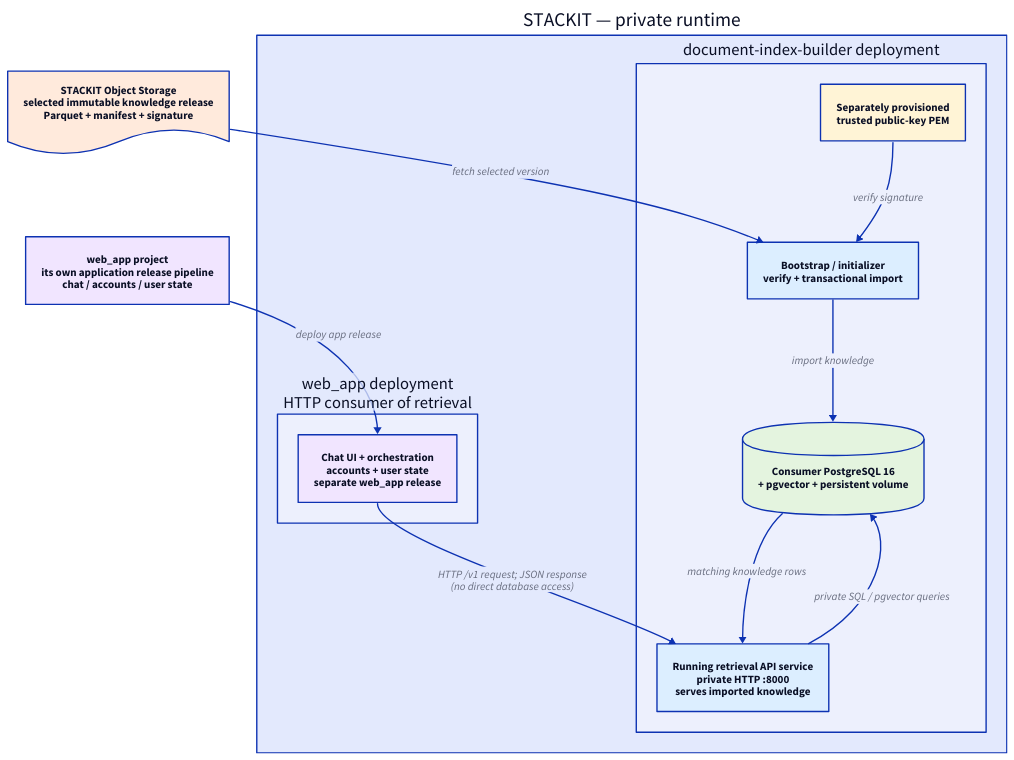
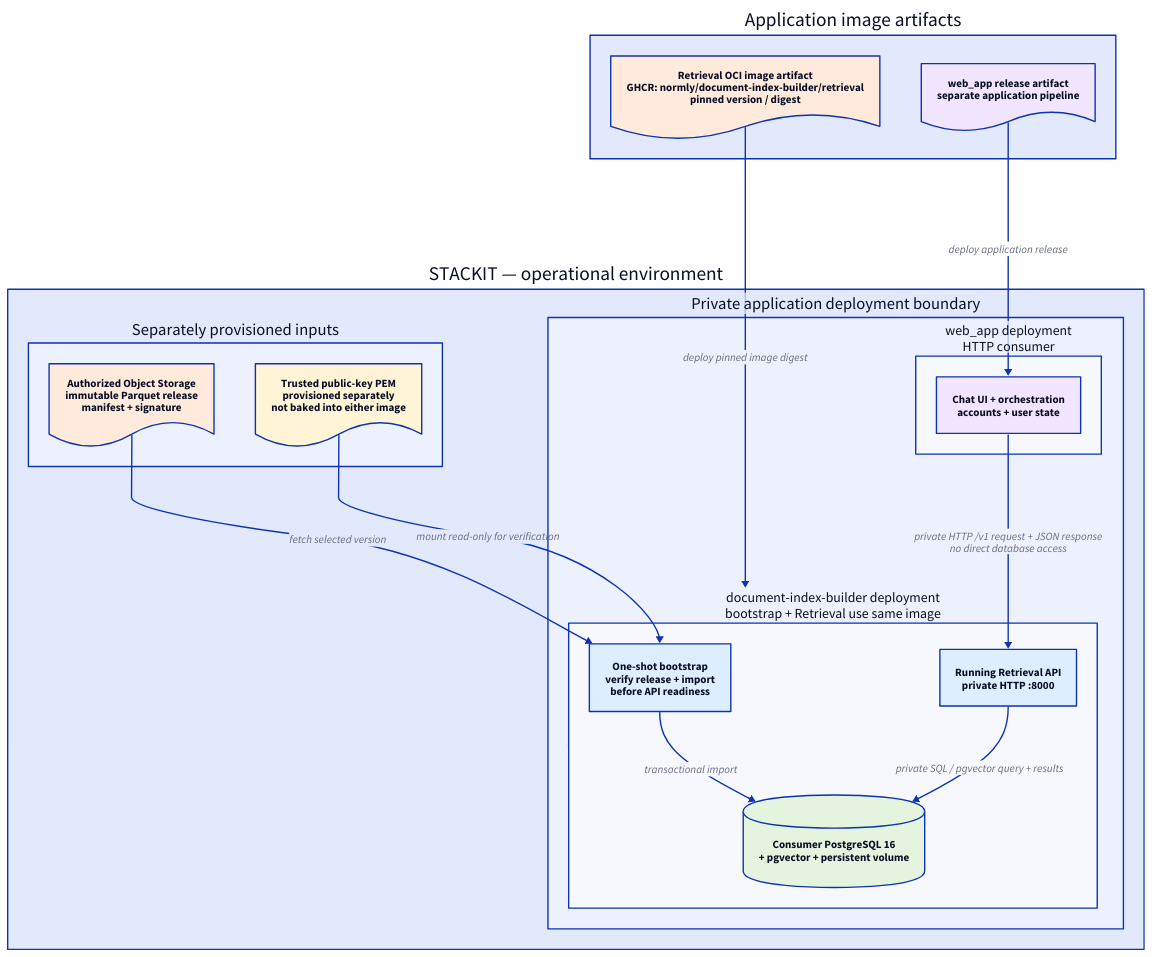
The diagram in docs/diagrams/runtime-deployment.d2 (normly/document-index-builder), drawn with D2 before and after one commit. The commit also changed 7 other files, not shown here.

Commit message:
docs: refine retrieval architecture views

```diff
--- a/docs/diagrams/runtime-deployment.d2
+++ b/docs/diagrams/runtime-deployment.d2
@@ -1,40 +1,59 @@
 direction: down
 
-release_store: "STACKIT Object Storage\nselected immutable knowledge release\nParquet + manifest + signature" {
-  shape: document
-  style.fill: "#ffeadc"
-}
-web_release: "web_app project\nits own application release pipeline\nchat / accounts / user state" {
-  style.fill: "#f1e5ff"
+artifacts: "Application image artifacts" {
+  direction: right
+  retrieval_image: "Retrieval OCI image artifact\nGHCR: normly/document-index-builder/retrieval\npinned version / digest" {
+    shape: document
+    style.fill: "#ffeadc"
+  }
+  web_release: "web_app release artifact\nseparate application pipeline" {
+    shape: document
+    style.fill: "#f1e5ff"
+  }
 }
 
-runtime: "STACKIT — private runtime" {
-  chat_deployment: "web_app deployment\nHTTP consumer of retrieval" {
-    web: "Chat UI + orchestration\naccounts + user state\nseparate web_app release" {
-      style.fill: "#f1e5ff"
+stackit: "STACKIT — operational environment" {
+  direction: right
+
+  provisioned: "Separately provisioned inputs" {
+    direction: down
+    release_store: "Authorized Object Storage\nimmutable Parquet release\nmanifest + signature" {
+      shape: document
+      style.fill: "#ffeadc"
+    }
+    trusted_key: "Trusted public-key PEM\nprovisioned separately\nnot baked into either image" {
+      shape: document
+      style.fill: "#fff4d6"
     }
   }
-  knowledge_deployment: "document-index-builder deployment" {
-    retrieval: "Running retrieval API service\nprivate HTTP :8000\nserves imported knowledge" {
-      style.fill: "#dceeff"
+
+  deployment: "Private application deployment boundary" {
+    direction: right
+    chat_deployment: "web_app deployment\nHTTP consumer" {
+      web: "Chat UI + orchestration\naccounts + user state" {
+        style.fill: "#f1e5ff"
+      }
     }
-    db: "Consumer PostgreSQL 16\n+ pgvector + persistent volume" {
-      shape: cylinder
-      style.fill: "#e4f4df"
-    }
-    bootstrap: "Bootstrap / initializer\nverify + transactional import" {
-      style.fill: "#dceeff"
-    }
-    trust: "Separately provisioned\ntrusted public-key PEM" {
-      style.fill: "#fff4d6"
+    knowledge_deployment: "document-index-builder deployment\nbootstrap + Retrieval use same image" {
+      direction: right
+      bootstrap: "One-shot bootstrap\nverify release + import\nbefore API readiness" {
+        style.fill: "#dceeff"
+      }
+      db: "Consumer PostgreSQL 16\n+ pgvector + persistent volume" {
+        shape: cylinder
+        style.fill: "#e4f4df"
+      }
+      retrieval: "Running Retrieval API\nprivate HTTP :8000" {
+        style.fill: "#dceeff"
+      }
     }
   }
 }
 
-release_store -> runtime.knowledge_deployment.bootstrap: "fetch selected version"
-runtime.knowledge_deployment.trust -> runtime.knowledge_deployment.bootstrap: "verify signature"
-runtime.knowledge_deployment.bootstrap -> runtime.knowledge_deployment.db: "import knowledge"
-runtime.knowledge_deployment.retrieval -> runtime.knowledge_deployment.db: "private SQL / pgvector queries"
-runtime.knowledge_deployment.db -> runtime.knowledge_deployment.retrieval: "matching knowledge rows"
-web_release -> runtime.chat_deployment.web: "deploy app release"
-runtime.chat_deployment.web -> runtime.knowledge_deployment.retrieval: "HTTP /v1 request; JSON response\n(no direct database access)"
+artifacts.retrieval_image -> stackit.deployment.knowledge_deployment: "deploy pinned image digest"
+artifacts.web_release -> stackit.deployment.chat_deployment.web: "deploy application release"
+stackit.provisioned.release_store -> stackit.deployment.knowledge_deployment.bootstrap: "fetch selected version"
+stackit.provisioned.trusted_key -> stackit.deployment.knowledge_deployment.bootstrap: "mount read-only for verification"
+stackit.deployment.knowledge_deployment.bootstrap -> stackit.deployment.knowledge_deployment.db: "transactional import"
+stackit.deployment.knowledge_deployment.retrieval -> stackit.deployment.knowledge_deployment.db: "private SQL / pgvector query + results"
+stackit.deployment.chat_deployment.web -> stackit.deployment.knowledge_deployment.retrieval: "private HTTP /v1 request + JSON response\nno direct database access"
```
